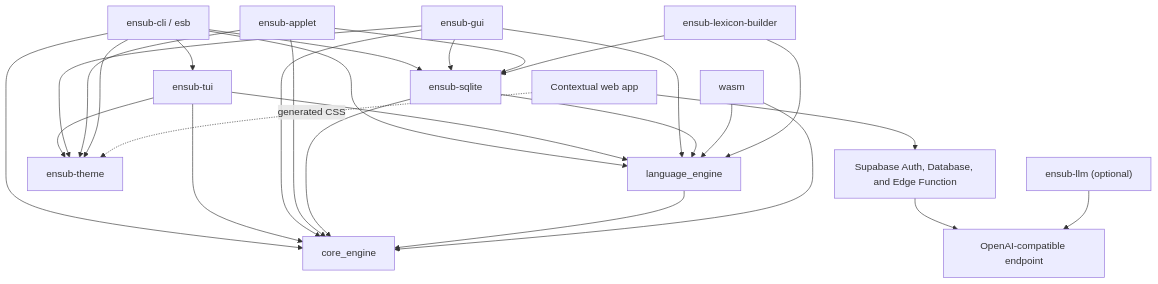
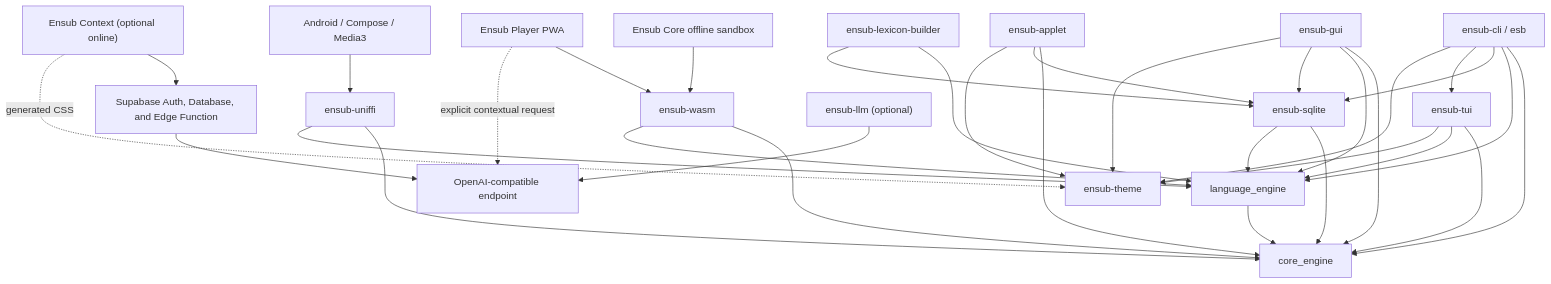
One commit to flasheddy/ensub changed the diagram in docs/architecture.md. Above: the diagram before and after it, drawn with Mermaid. The commit also changed other lines of this file and 189 other files, not shown here.

First line of the commit message:
feat(android): freeze PWA v0.2.0 and scaffold Android Spike 1 (#1)

````diff
--- a/docs/architecture.md
+++ b/docs/architecture.md
@@ -7,37 +11,44 @@
 ```mermaid
 flowchart TB
     cli["ensub-cli / esb"] --> core["core_engine"]
     cli --> language["language_engine"]
     cli --> sqlite["ensub-sqlite"]
     cli --> tui["ensub-tui"]
 
     tui --> core
     tui --> language
     tui --> theme["ensub-theme"]
 
     gui["ensub-gui"] --> core
     gui --> language
     gui --> sqlite
     gui --> theme
 
     applet["ensub-applet"] --> core
     applet --> sqlite
     applet --> theme
 
     cli --> theme
 
     sqlite --> core
     sqlite --> language
     language --> core
 
-    web["Contextual web app"] --> supabase["Supabase Auth, Database, and Edge Function"]
+    sandbox["Ensub Core offline sandbox"] --> wasm["ensub-wasm"]
+    player["Ensub Player PWA"] --> wasm
+    player -. explicit contextual request .-> provider
+    web["Ensub Context (optional online)"] --> supabase["Supabase Auth, Database, and Edge Function"]
     web -. generated CSS .-> theme
     supabase --> provider["OpenAI-compatible endpoint"]
     wasm --> core
     wasm --> language
+
+    android["Android / Compose / Media3"] --> uniffi["ensub-uniffi"]
+    uniffi --> core
+    uniffi --> language
 
     builder["ensub-lexicon-builder"] --> language
     builder --> sqlite
 
     llm["ensub-llm (optional)"] --> provider["OpenAI-compatible endpoint"]
 ```
````
